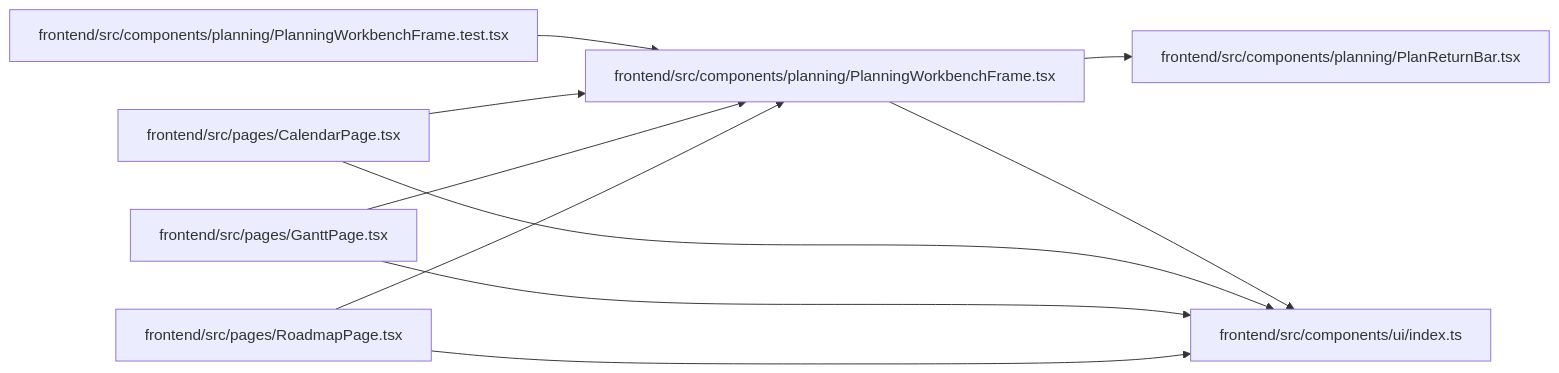
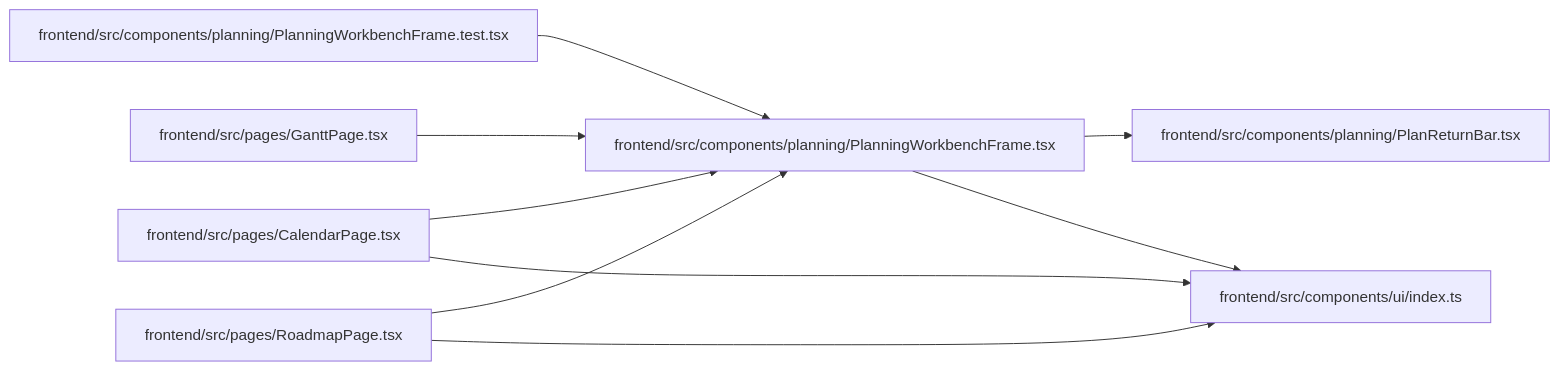
Before and after one commit to Denissvgn/WorkChord: the diagram in docs/llm_wiki/modules/PlanningWorkbenchFrame.md, drawn with Mermaid. The commit also changed 452 other files, not shown here.

Commit message:
docs(wiki): refresh for the planning diagram changes

````diff
--- a/docs/llm_wiki/modules/PlanningWorkbenchFrame.md
+++ b/docs/llm_wiki/modules/PlanningWorkbenchFrame.md
@@ -27,26 +27,25 @@
 ```mermaid
 flowchart LR
     n0["frontend/src/components/planning/PlanningWorkbenchFrame.test.tsx"]
     n1["frontend/src/components/planning/PlanningWorkbenchFrame.tsx"]
     n2["frontend/src/components/planning/PlanReturnBar.tsx"]
     n3["frontend/src/components/ui/index.ts"]
     n4["frontend/src/pages/CalendarPage.tsx"]
     n5["frontend/src/pages/GanttPage.tsx"]
     n6["frontend/src/pages/RoadmapPage.tsx"]
     n0 --> n1
     n1 --> n2
     n1 --> n3
     n4 --> n1
     n4 --> n3
     n5 --> n1
-    n5 --> n3
     n6 --> n1
     n6 --> n3
     click n0 "../modules/PlanningWorkbenchFrame.test.md"
     click n1 "../modules/PlanningWorkbenchFrame.md"
     click n2 "../modules/PlanReturnBar.md"
     click n3 "../modules/index.md"
     click n4 "../modules/CalendarPage.md"
     click n5 "../modules/GanttPage.md"
     click n6 "../modules/RoadmapPage.md"
 ```
````
